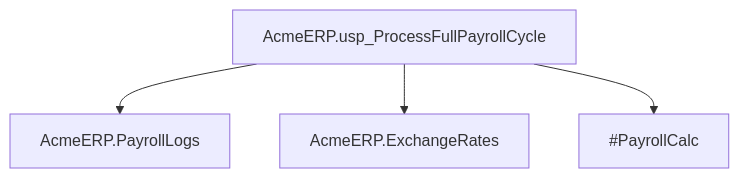
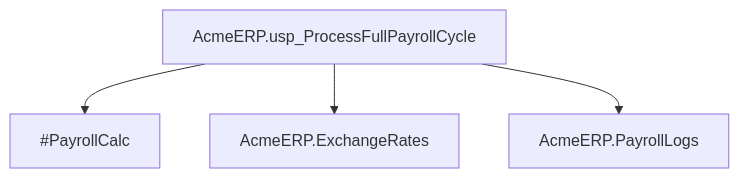
Before and after one commit to 25Jayesh10/Data_Lineage_Analyzer: the second of 3 diagrams in document/procedures.md, drawn with Mermaid. The commit also changed other lines of this file and 20 other files, not shown here.

````diff
--- a/document/procedures.md
+++ b/document/procedures.md
@@ -87,6 +87,6 @@
 ```mermaid
 graph TD
+    AcmeERP.usp_ProcessFullPayrollCycle --> #PayrollCalc
+    AcmeERP.usp_ProcessFullPayrollCycle --> AcmeERP.ExchangeRates
     AcmeERP.usp_ProcessFullPayrollCycle --> AcmeERP.PayrollLogs
-    AcmeERP.usp_ProcessFullPayrollCycle --> AcmeERP.ExchangeRates
-    AcmeERP.usp_ProcessFullPayrollCycle --> #PayrollCalc
 ```
````
